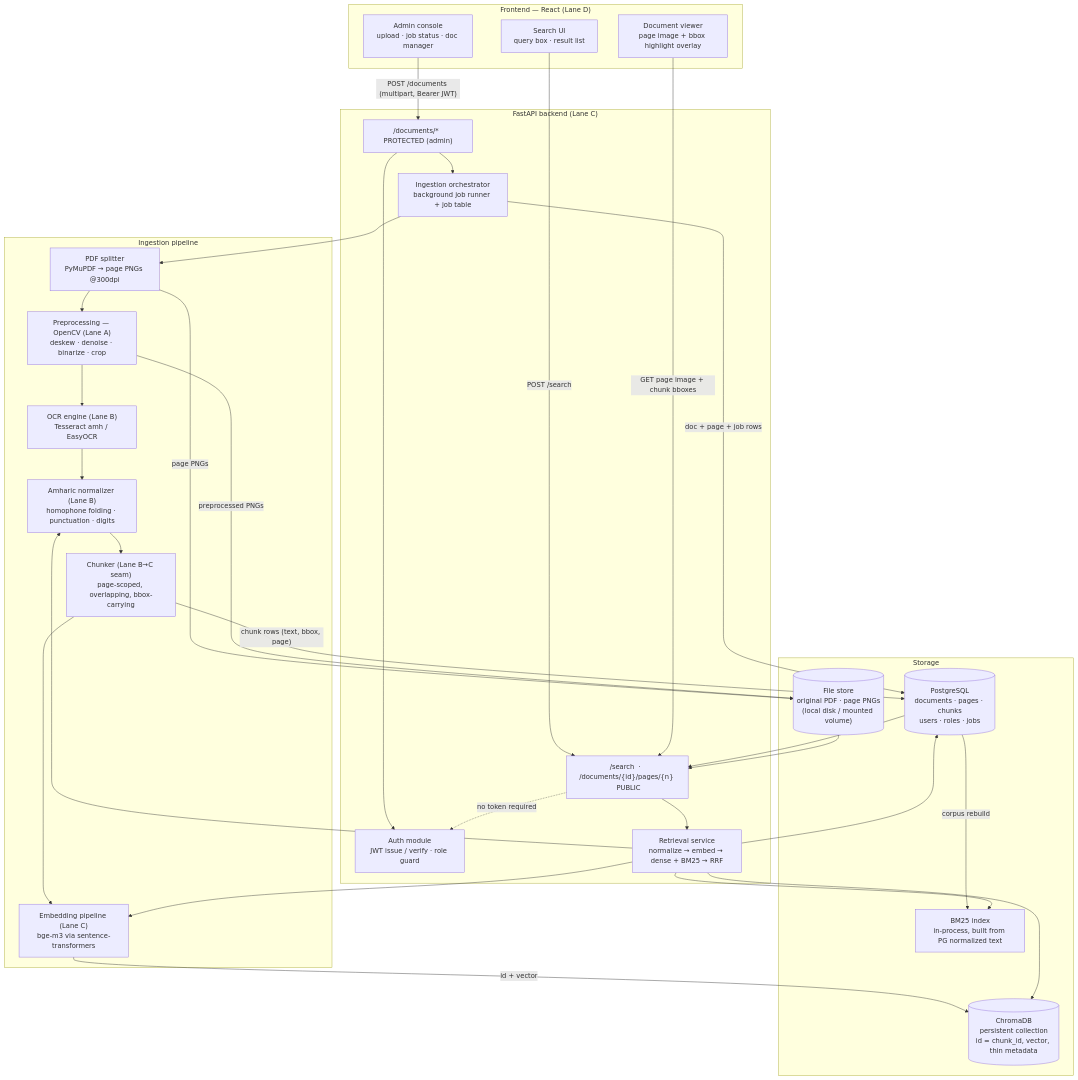
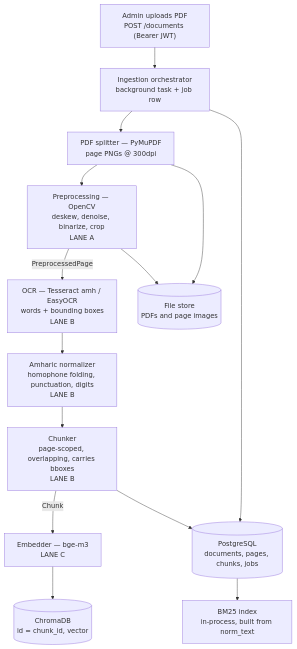
One commit to Sem512/Amh_Retriever changed the first of 5 diagrams in ARCHITECTURE.md. Above: the diagram before and after it, drawn with Mermaid. The commit also changed other lines of this file, not shown here.

First line of the commit message:
Replace fragile Mermaid constructs so diagrams render on GitHub

````diff
--- a/ARCHITECTURE.md
+++ b/ARCHITECTURE.md
@@ -28,56 +30,26 @@
 ```mermaid
 flowchart TB
-    subgraph client["Frontend — React (Lane D)"]
-        UI_ADMIN["Admin console<br/>upload · job status · doc manager"]
-        UI_SEARCH["Search UI<br/>query box · result list"]
-        UI_VIEW["Document viewer<br/>page image + bbox highlight overlay"]
-    end
+    A1["Admin uploads PDF<br/>POST /documents (Bearer JWT)"]
+    A2["Ingestion orchestrator<br/>background task + job row"]
+    A3["PDF splitter — PyMuPDF<br/>page PNGs @ 300dpi"]
+    A4["Preprocessing — OpenCV<br/>deskew, denoise, binarize, crop<br/>LANE A"]
+    A5["OCR — Tesseract amh / EasyOCR<br/>words + bounding boxes<br/>LANE B"]
+    A6["Amharic normalizer<br/>homophone folding, punctuation, digits<br/>LANE B"]
+    A7["Chunker<br/>page-scoped, overlapping, carries bboxes<br/>LANE B"]
+    A8["Embedder — bge-m3<br/>LANE C"]
+    F1[("File store<br/>PDFs and page images")]
+    F2[("PostgreSQL<br/>documents, pages, chunks, jobs")]
+    F3[("ChromaDB<br/>id = chunk_id, vector")]
+    F4["BM25 index<br/>in-process, built from norm_text"]
 
-    subgraph api["FastAPI backend (Lane C)"]
-        AUTH["Auth module<br/>JWT issue / verify · role guard"]
-        R_ADMIN["/documents/*  PROTECTED (admin)"]
-        R_SEARCH["/search  ·  /documents/{id}/pages/{n}  PUBLIC"]
-        ORCH["Ingestion orchestrator<br/>background job runner + job table"]
-        RETR["Retrieval service<br/>normalize → embed → dense + BM25 → RRF"]
-    end
-
-    subgraph ingest["Ingestion pipeline"]
-        SPLIT["PDF splitter<br/>PyMuPDF → page PNGs @300dpi"]
-        PREP["Preprocessing — OpenCV (Lane A)<br/>deskew · denoise · binarize · crop"]
-        OCR["OCR engine (Lane B)<br/>Tesseract amh / EasyOCR"]
-        NORM["Amharic normalizer (Lane B)<br/>homophone folding · punctuation · digits"]
-        CHUNK["Chunker (Lane B→C seam)<br/>page-scoped, overlapping, bbox-carrying"]
-        EMBED["Embedding pipeline (Lane C)<br/>bge-m3 via sentence-transformers"]
-    end
-
-    subgraph store["Storage"]
-        FS[("File store<br/>original PDF · page PNGs<br/>(local disk / mounted volume)")]
-        PG[("PostgreSQL<br/>documents · pages · chunks<br/>users · roles · jobs")]
-        CH[("ChromaDB<br/>persistent collection<br/>id = chunk_id, vector, thin metadata")]
-        BM25["BM25 index<br/>in-process, built from PG normalized text"]
-    end
-
-    UI_ADMIN -->|"POST /documents (multipart, Bearer JWT)"| R_ADMIN
-    UI_SEARCH -->|"POST /search"| R_SEARCH
-    UI_VIEW -->|"GET page image + chunk bboxes"| R_SEARCH
-    R_ADMIN --> AUTH
-    R_SEARCH -.->|"no token required"| AUTH
-    R_ADMIN --> ORCH
-
-    ORCH --> SPLIT --> PREP --> OCR --> NORM --> CHUNK --> EMBED
-    SPLIT -->|page PNGs| FS
-    PREP -->|preprocessed PNGs| FS
-    ORCH -->|"doc + page + job rows"| PG
-    CHUNK -->|"chunk rows (text, bbox, page)"| PG
-    EMBED -->|"id + vector"| CH
-    PG -->|"corpus rebuild"| BM25
-
-    R_SEARCH --> RETR
-    RETR --> NORM
-    RETR --> EMBED
-    RETR --> CH
-    RETR --> BM25
-    RETR --> PG
-    PG --> R_SEARCH
-    FS --> R_SEARCH
+    A1 --> A2 --> A3 --> A4
+    A4 -->|PreprocessedPage| A5
+    A5 --> A6 --> A7
+    A7 -->|Chunk| A8
+    A3 --> F1
+    A4 --> F1
+    A2 --> F2
+    A7 --> F2
+    A8 --> F3
+    F2 --> F4
 ```
````
